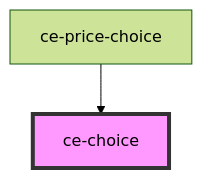
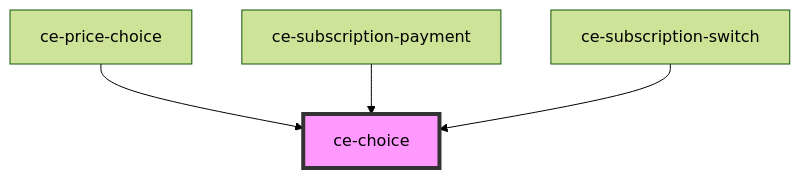
The diagram in packages/components/src/components/ui/choice/readme.md (surecart/surecart-wp-plugin), drawn with Mermaid (forest theme) before and after one commit. The commit also changed other lines of this file and 118 other files, not shown here.

````diff
--- a/packages/components/src/components/ui/choice/readme.md
+++ b/packages/components/src/components/ui/choice/readme.md
@@ -75,5 +77,7 @@
 ```mermaid
 graph TD;
   ce-price-choice --> ce-choice
+  ce-subscription-payment --> ce-choice
+  ce-subscription-switch --> ce-choice
   style ce-choice fill:#f9f,stroke:#333,stroke-width:4px
 ```
````
